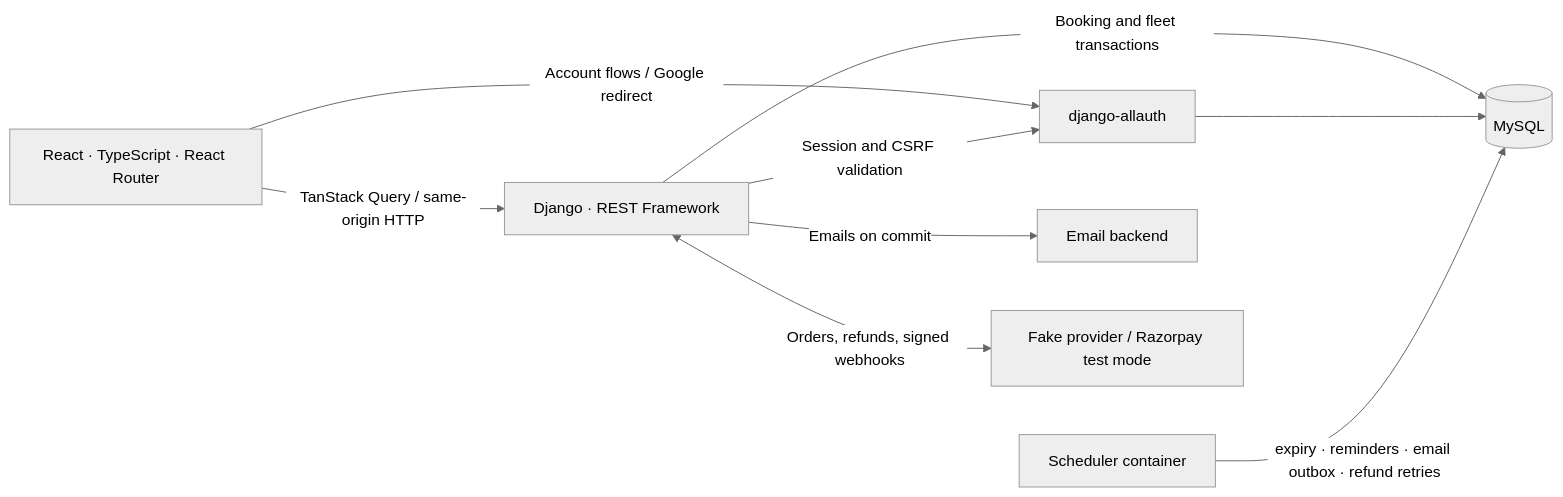
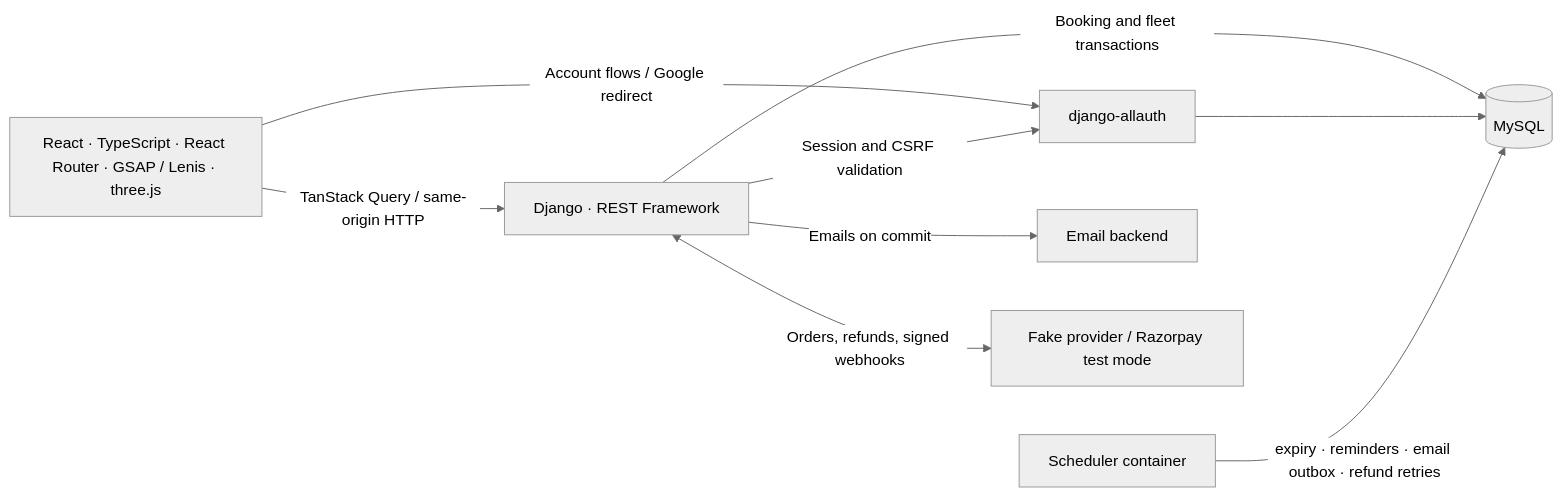
Before and after one commit to priyadharshanexe/motorlane: the diagram in README.md, drawn with Mermaid (neutral theme). The commit also changed other lines of this file and 5 other files, not shown here.

````diff
--- a/README.md
+++ b/README.md
@@ -17,11 +17,11 @@
 ```mermaid
 flowchart LR
-    Browser["React · TypeScript · React Router"] -->|TanStack Query / same-origin HTTP| Django["Django · REST Framework"]
+    Browser["React · TypeScript · React Router · GSAP / Lenis · three.js"] -->|TanStack Query / same-origin HTTP| Django["Django · REST Framework"]
     Browser -->|Account flows / Google redirect| Allauth["django-allauth"]
     Django -->|Session and CSRF validation| Allauth
     Django -->|Booking and fleet transactions| DB[(MySQL)]
     Allauth --> DB
     Scheduler["Scheduler container"] -->|expiry · reminders · email outbox · refund retries| DB
     Django -->|Emails on commit| Mail["Email backend"]
     Django <-->|Orders, refunds, signed webhooks| Pay["Fake provider / Razorpay test mode"]
 ```
````
